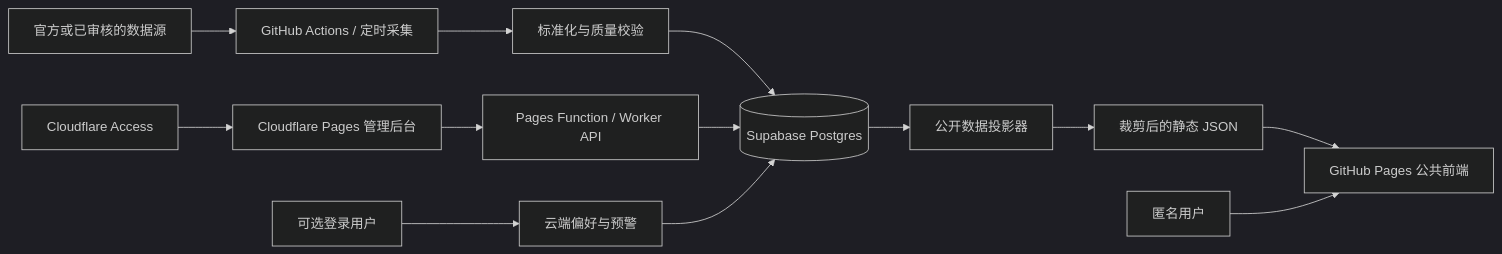
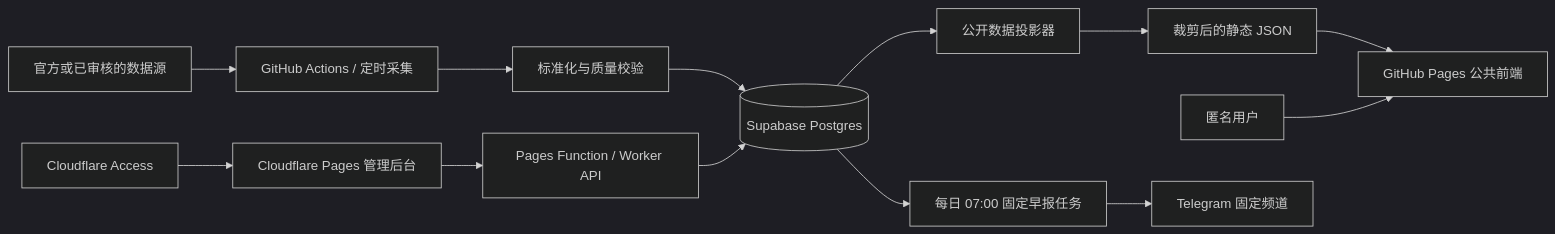
Before and after one commit to jeanmuss/cyclelens: the diagram in CYCLELENS_DEVELOPMENT_PLAN.md, drawn with Mermaid (dark theme). The commit also changed other lines of this file, not shown here.

Commit message:
docs: reorder migration and dashboard roadmap

````diff
--- a/CYCLELENS_DEVELOPMENT_PLAN.md
+++ b/CYCLELENS_DEVELOPMENT_PLAN.md
@@ -48,17 +50,17 @@
 ```mermaid
 flowchart LR
   S[官方或已审核的数据源] --> C[GitHub Actions / 定时采集]
   C --> N[标准化与质量校验]
   N --> DB[(Supabase Postgres)]
   DB --> P[公开数据投影器]
   P --> J[裁剪后的静态 JSON]
   J --> W[GitHub Pages 公共前端]
 
   A[Cloudflare Access] --> UI[Cloudflare Pages 管理后台]
   UI --> API[Pages Function / Worker API]
   API --> DB
 
   U[匿名用户] --> W
-  L[可选登录用户] --> PREF[云端偏好与预警]
-  PREF --> DB
+  DB --> R[每日 07:00 固定早报任务]
+  R --> TG[Telegram 固定频道]
 ```
````
